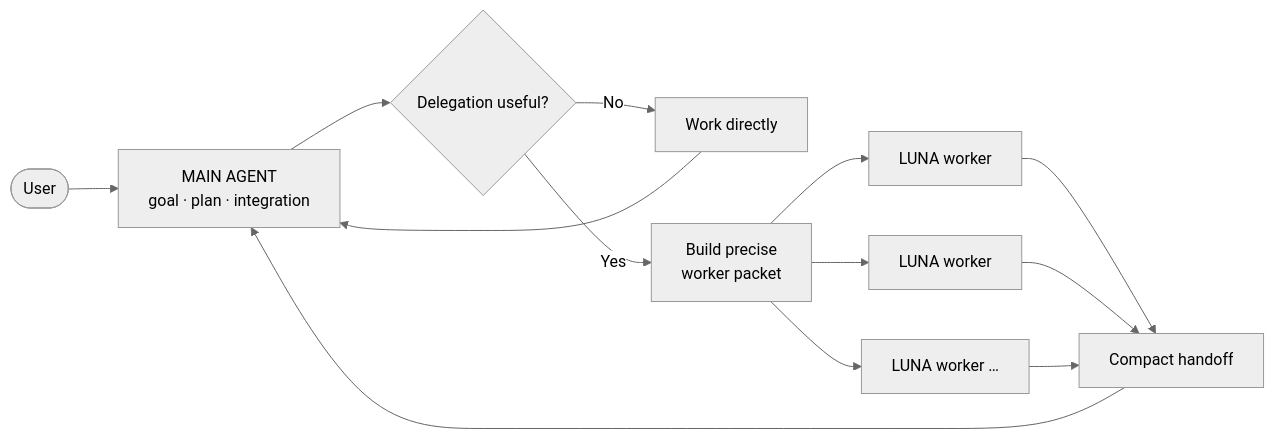
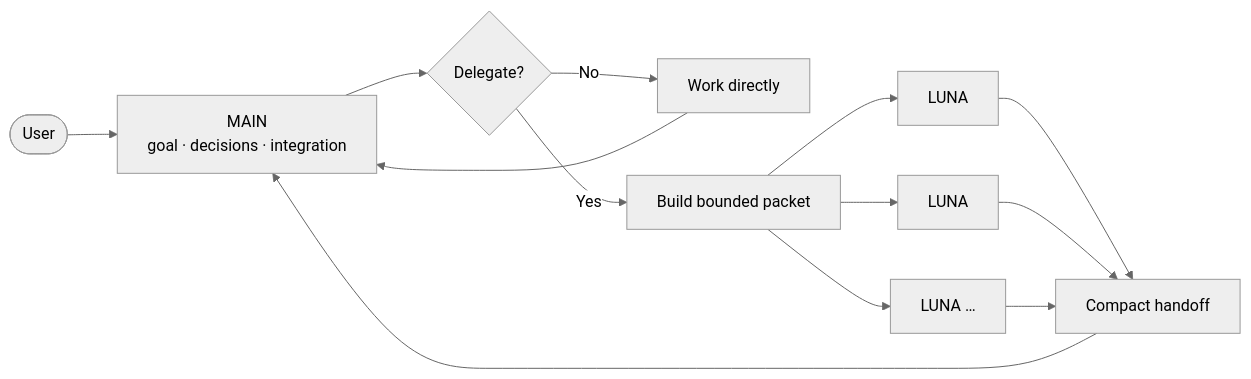
One commit to HakanBabus/AgentMaxxing changed the diagram in README.md. Above: the diagram before and after it, drawn with Mermaid (neutral theme). The commit also changed other lines of this file and 1 other file, not shown here.

````diff
--- a/README.md
+++ b/README.md
@@ -30,15 +27,15 @@
 ```mermaid
 flowchart LR
-    U([User]) --> M["MAIN AGENT<br/>goal · plan · integration"]
-    M --> R{"Delegation useful?"}
-    R -- No --> D["Work directly"]
-    R -- Yes --> P["Build precise<br/>worker packet"]
-    P --> W1["LUNA worker"]
-    P --> W2["LUNA worker"]
-    P --> WN["LUNA worker …"]
-    W1 --> H["Compact handoff"]
+    U([User]) --> M["MAIN<br/>goal · decisions · integration"]
+    M --> R{"Delegate?"}
+    R -- No --> D[Work directly]
+    R -- Yes --> P[Build bounded packet]
+    P --> W1[LUNA]
+    P --> W2[LUNA]
+    P --> WN["LUNA …"]
+    W1 --> H[Compact handoff]
     W2 --> H
     WN --> H
     H --> M
     D --> M
 ```
````
